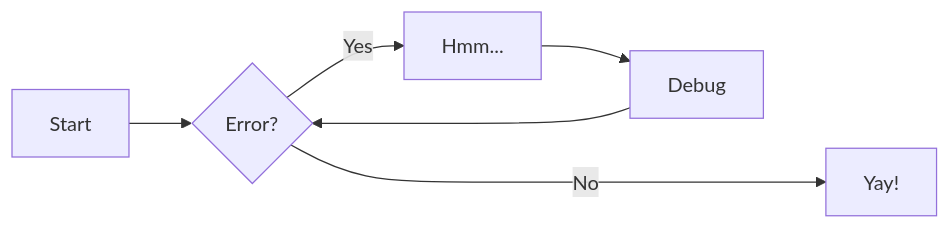
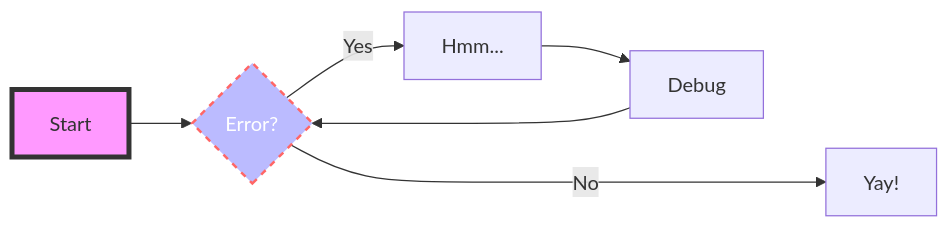
One commit to ICR-SC/good-practice changed the diagram in docs/examples/streamlit1.md. Above: the diagram before and after it, drawn with Mermaid. The commit also changed other lines of this file, not shown here.

````diff
--- a/docs/examples/streamlit1.md
+++ b/docs/examples/streamlit1.md
@@ -163,9 +155,11 @@
 ``` mermaid
 graph LR
   A[Start] --> B{Error?};
   B -->|Yes| C[Hmm...];
   C --> D[Debug];
   D --> B;
   B ---->|No| E[Yay!];
   click B "https://www.github.com" "This is a tooltip for a link"
+  style A fill:#f9f,stroke:#333,stroke-width:4px
+  style B fill:#bbf,stroke:#f66,stroke-width:2px,color:#fff,stroke-dasharray: 5 5
 ```
````
